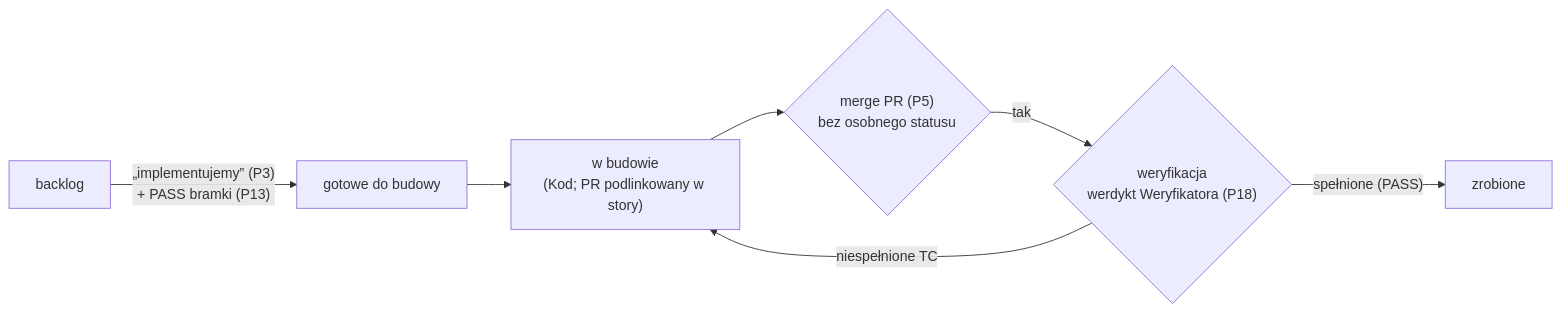
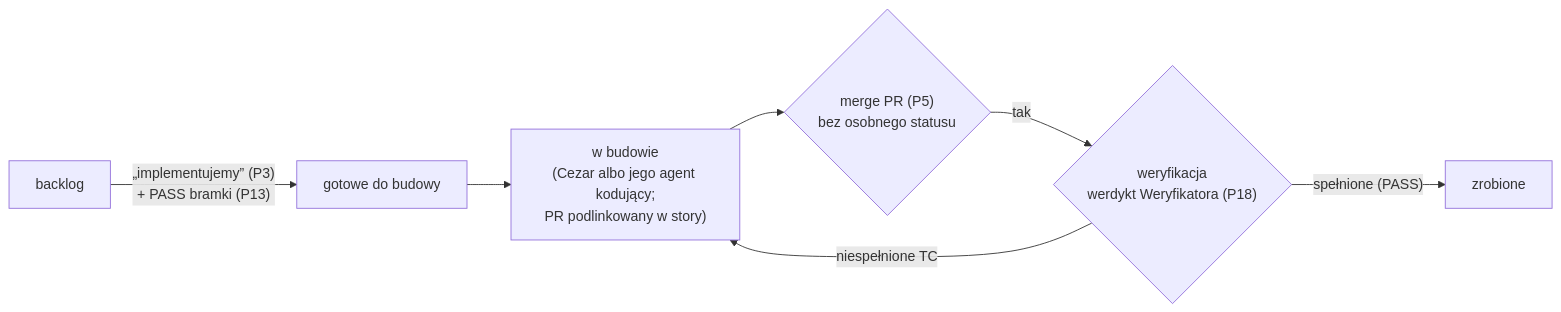
Before and after one commit to AdamskiMarek/open-mercato: the second of 2 diagrams in .ai/process/workflow.md, drawn with Mermaid. The commit also changed other lines of this file and 2 other files, not shown here.

Commit message:
docs(process): role Cezar / Kod / Weryfikator — P23, P8 i P22 doprecyzowane, workflow i agent-rules (Z13) bez Kod jako runnera/budującego; źródło P18/P22 — Marek 2026-10-31 (via Koordynator)

````diff
--- a/.ai/process/workflow.md
+++ b/.ai/process/workflow.md
@@ -57,9 +65,9 @@
 ```mermaid
 flowchart LR
     b["backlog"] -- "„implementujemy” (P3)<br/>+ PASS bramki (P13)" --> r["gotowe do budowy"]
-    r --> w["w budowie<br/>(Kod; PR podlinkowany w story)"]
+    r --> w["w budowie<br/>(Cezar albo jego agent kodujący;<br/>PR podlinkowany w story)"]
     w --> mg{"merge PR (P5)<br/>bez osobnego statusu"}
     mg -- "tak" --> v{"weryfikacja<br/>werdykt Weryfikatora (P18)"}
     v -- "niespełnione TC" --> w
     v -- "spełnione (PASS)" --> z["zrobione"]
 ```
````
